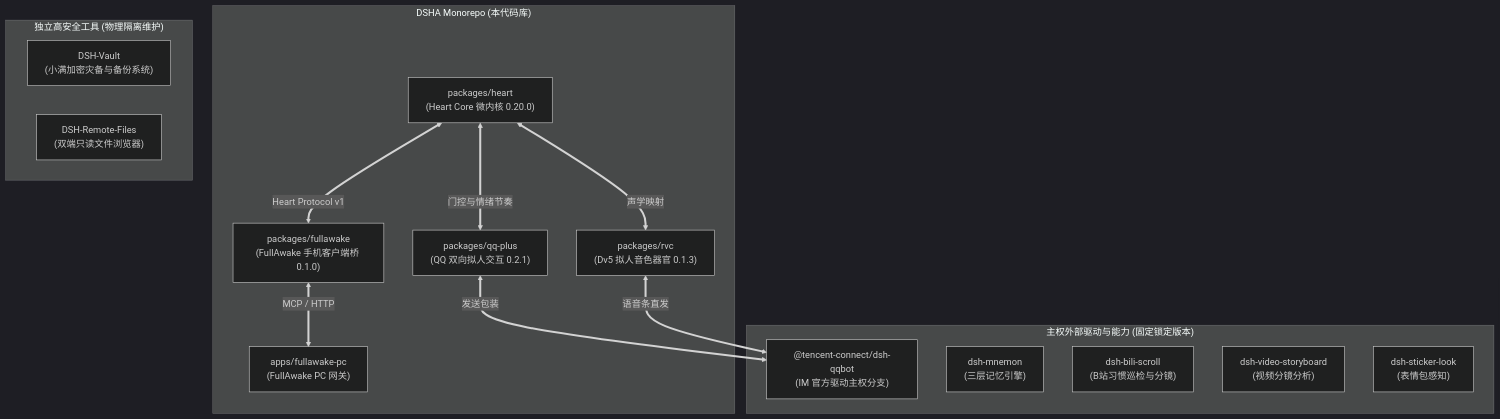
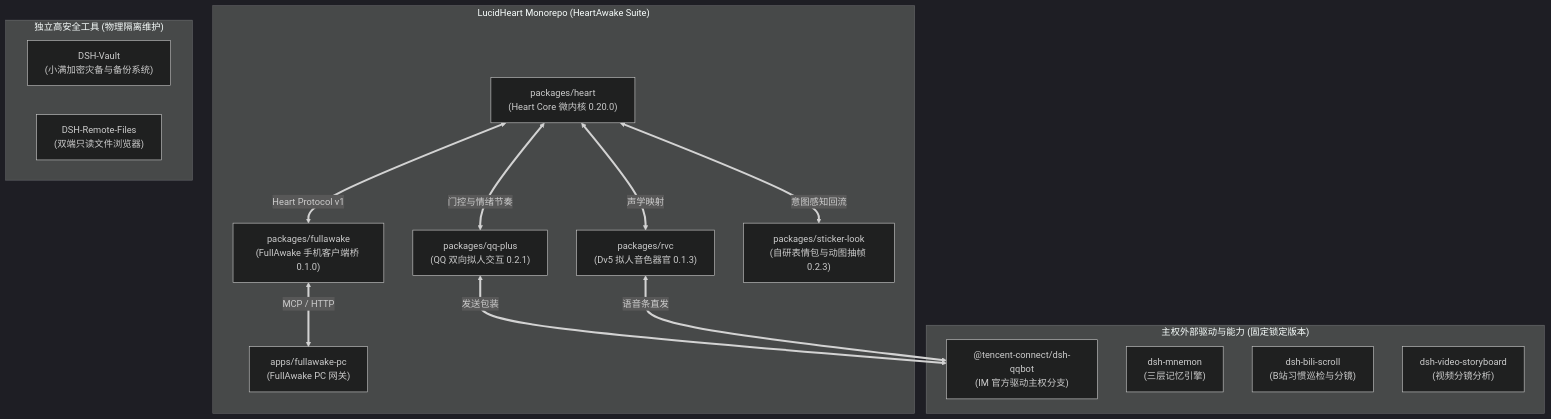
The diagram in README.md (kirigayakazima/LucidHeart), drawn with Mermaid (dark theme) before and after one commit. The commit also changed other lines of this file and 3 other files, not shown here.

Commit message:
feat(suite): establish LucidHeart identity with HeartAwake suite architecture

````diff
--- a/README.md
+++ b/README.md
@@ -13,30 +13,31 @@
 ```mermaid
 flowchart TB
-    subgraph SUITE["DSHA Monorepo (本代码库)"]
+    subgraph SUITE["LucidHeart Monorepo (HeartAwake Suite)"]
         HEART["packages/heart<br/>(Heart Core 微内核 0.20.0)"]
         FULLAWAKE["packages/fullawake<br/>(FullAwake 手机客户端桥 0.1.0)"]
         PC_APP["apps/fullawake-pc<br/>(FullAwake PC 网关)"]
         QQ_PLUS["packages/qq-plus<br/>(QQ 双向拟人交互 0.2.1)"]
         RVC["packages/rvc<br/>(Dv5 拟人音色器官 0.1.3)"]
+        STICKER["packages/sticker-look<br/>(自研表情包与动图抽帧 0.2.3)"]
     end
 
     subgraph FORKS["主权外部驱动与能力 (固定锁定版本)"]
         QQBOT["@tencent-connect/dsh-qqbot<br/>(IM 官方驱动主权分支)"]
         MNEMON["dsh-mnemon<br/>(三层记忆引擎)"]
         BILI["dsh-bili-scroll<br/>(B站习惯巡检与分镜)"]
         STORYBOARD["dsh-video-storyboard<br/>(视频分镜分析)"]
-        STICKER["dsh-sticker-look<br/>(表情包感知)"]
     end
 
     subgraph TOOLS["独立高安全工具 (物理隔离维护)"]
         VAULT["DSH-Vault<br/>(小满加密灾备与备份系统)"]
         REMOTE["DSH-Remote-Files<br/>(双端只读文件浏览器)"]
     end
 
     HEART <== Heart Protocol v1 ==> FULLAWAKE
     HEART <== 门控与情绪节奏 ==> QQ_PLUS
     HEART <== 声学映射 ==> RVC
+    HEART <== 意图感知回流 ==> STICKER
     FULLAWAKE <== MCP / HTTP ==> PC_APP
     QQ_PLUS <== 发送包装 ==> QQBOT
     RVC <== 语音条直发 ==> QQBOT
 ```
````
